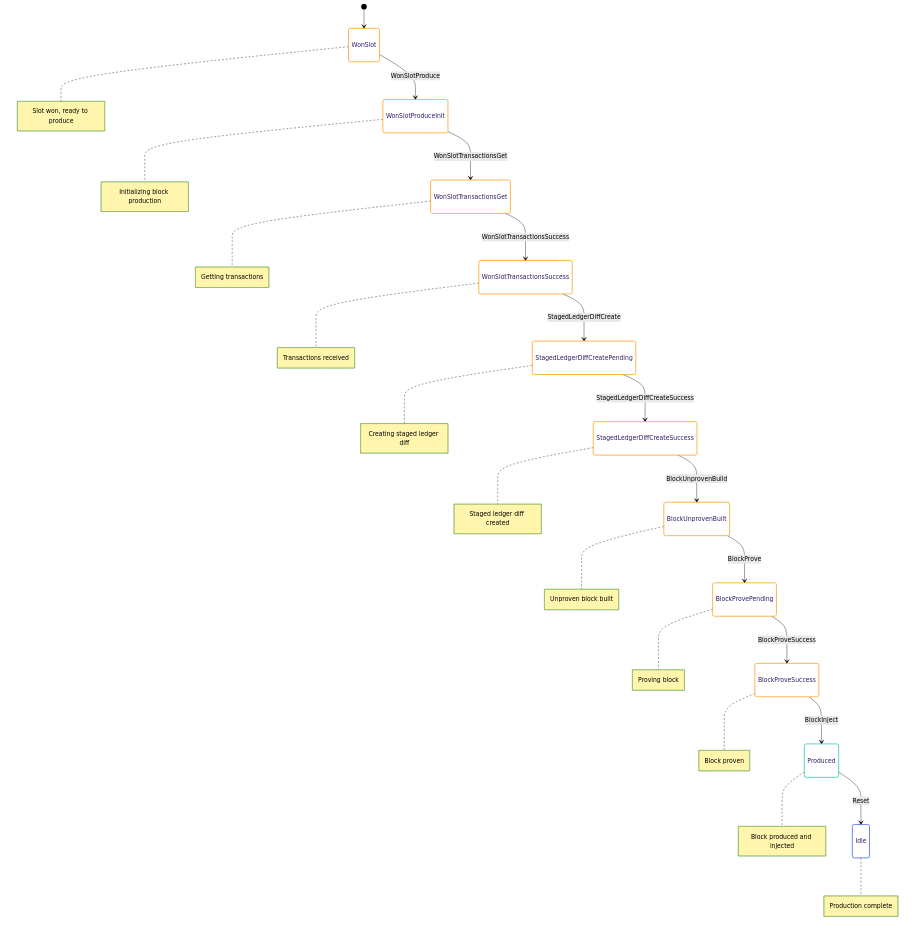
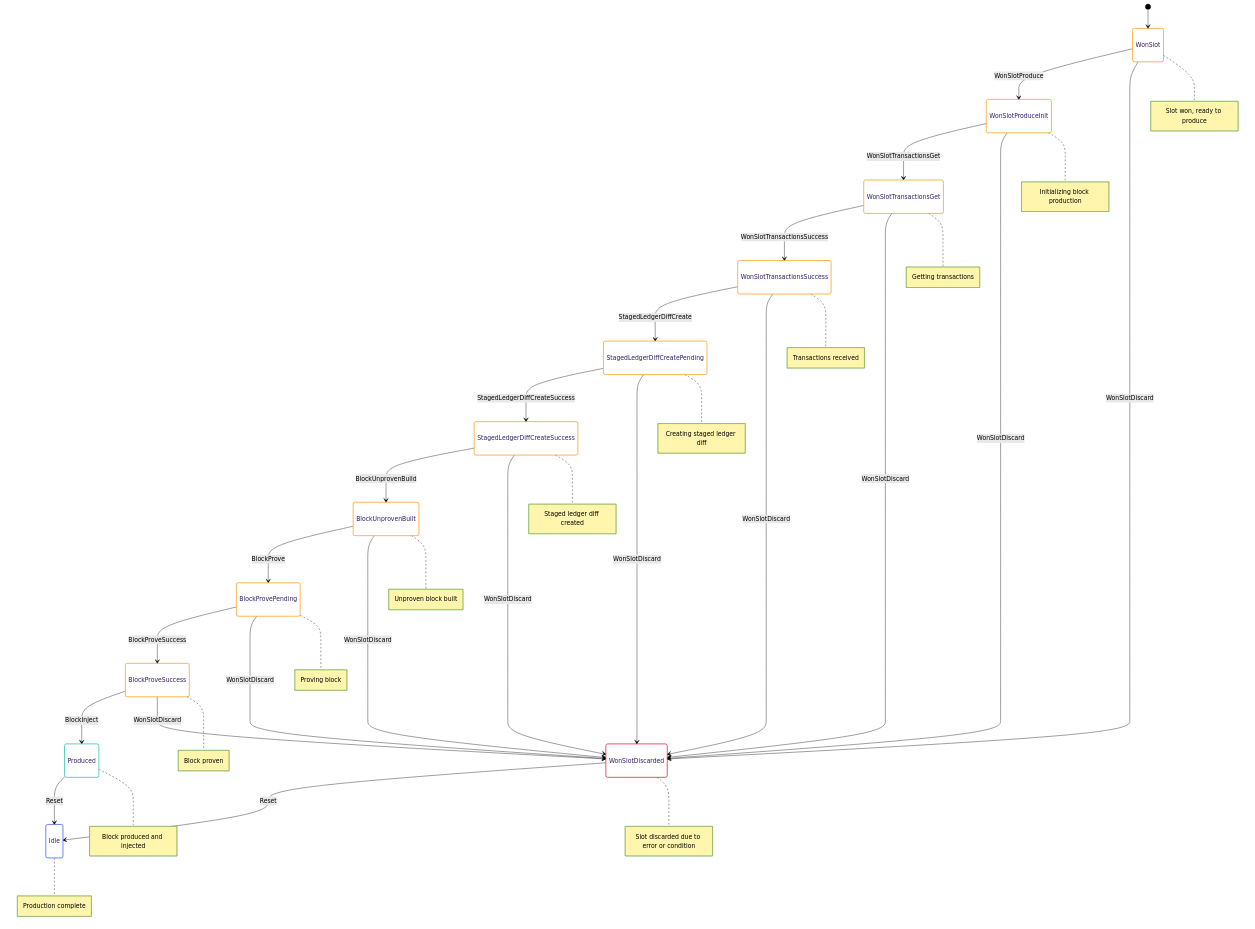
Before and after one commit to openmina/openmina: the diagram in llm-docs-v2/components/block-producer/block-production-state-machine.md, drawn with Mermaid (forest theme). The commit also changed other lines of this file, not shown here.

Commit message:
Improved Discard related documentation

````diff
--- a/llm-docs-v2/components/block-producer/block-production-state-machine.md
+++ b/llm-docs-v2/components/block-producer/block-production-state-machine.md
@@ -7,44 +7,57 @@
 ```mermaid
 stateDiagram-v2
     [*] --> WonSlot
     WonSlot --> WonSlotProduceInit: WonSlotProduce
+    WonSlot --> WonSlotDiscarded: WonSlotDiscard
     WonSlotProduceInit --> WonSlotTransactionsGet: WonSlotTransactionsGet
+    WonSlotProduceInit --> WonSlotDiscarded: WonSlotDiscard
     WonSlotTransactionsGet --> WonSlotTransactionsSuccess: WonSlotTransactionsSuccess
+    WonSlotTransactionsGet --> WonSlotDiscarded: WonSlotDiscard
     WonSlotTransactionsSuccess --> StagedLedgerDiffCreatePending: StagedLedgerDiffCreate
+    WonSlotTransactionsSuccess --> WonSlotDiscarded: WonSlotDiscard
     StagedLedgerDiffCreatePending --> StagedLedgerDiffCreateSuccess: StagedLedgerDiffCreateSuccess
+    StagedLedgerDiffCreatePending --> WonSlotDiscarded: WonSlotDiscard
     StagedLedgerDiffCreateSuccess --> BlockUnprovenBuilt: BlockUnprovenBuild
+    StagedLedgerDiffCreateSuccess --> WonSlotDiscarded: WonSlotDiscard
     BlockUnprovenBuilt --> BlockProvePending: BlockProve
+    BlockUnprovenBuilt --> WonSlotDiscarded: WonSlotDiscard
     BlockProvePending --> BlockProveSuccess: BlockProveSuccess
+    BlockProvePending --> WonSlotDiscarded: WonSlotDiscard
     BlockProveSuccess --> Produced: BlockInject
+    BlockProveSuccess --> WonSlotDiscarded: WonSlotDiscard
     Produced --> Idle: Reset
-    
+    WonSlotDiscarded --> Idle: Reset
+
     note right of WonSlot: Slot won, ready to produce
+    note right of WonSlotDiscarded: Slot discarded due to error or condition
     note right of WonSlotProduceInit: Initializing block production
     note right of WonSlotTransactionsGet: Getting transactions
     note right of WonSlotTransactionsSuccess: Transactions received
     note right of StagedLedgerDiffCreatePending: Creating staged ledger diff
     note right of StagedLedgerDiffCreateSuccess: Staged ledger diff created
     note right of BlockUnprovenBuilt: Unproven block built
     note right of BlockProvePending: Proving block
     note right of BlockProveSuccess: Block proven
     note right of Produced: Block produced and injected
     note right of Idle: Production complete
-    
+
     classDef wonSlotState stroke:#ff9f1c,stroke-width:2px,fill:none,padding:15px,margin:10px;
+    classDef discardedState stroke:#e71d36,stroke-width:2px,fill:none,padding:15px,margin:10px;
     classDef initState stroke:#ff9f1c,stroke-width:2px,fill:none,padding:15px,margin:10px;
     classDef txState stroke:#ff9f1c,stroke-width:2px,fill:none,padding:15px,margin:10px;
     classDef diffState stroke:#ff9f1c,stroke-width:2px,fill:none,padding:15px,margin:10px;
     classDef buildState stroke:#ff9f1c,stroke-width:2px,fill:none,padding:15px,margin:10px;
     classDef proveState stroke:#ff9f1c,stroke-width:2px,fill:none,padding:15px,margin:10px;
     classDef producedState stroke:#2ec4b6,stroke-width:2px,fill:none,padding:15px,margin:10px;
     classDef idleState stroke:#4361ee,stroke-width:2px,fill:none,padding:15px,margin:10px;
-    
+
     class WonSlot wonSlotState
+    class WonSlotDiscarded discardedState
     class WonSlotProduceInit initState
     class WonSlotTransactionsGet,WonSlotTransactionsSuccess txState
     class StagedLedgerDiffCreatePending,StagedLedgerDiffCreateSuccess diffState
     class BlockUnprovenBuilt buildState
     class BlockProvePending,BlockProveSuccess proveState
     class Produced producedState
     class Idle idleState
 ```
````
